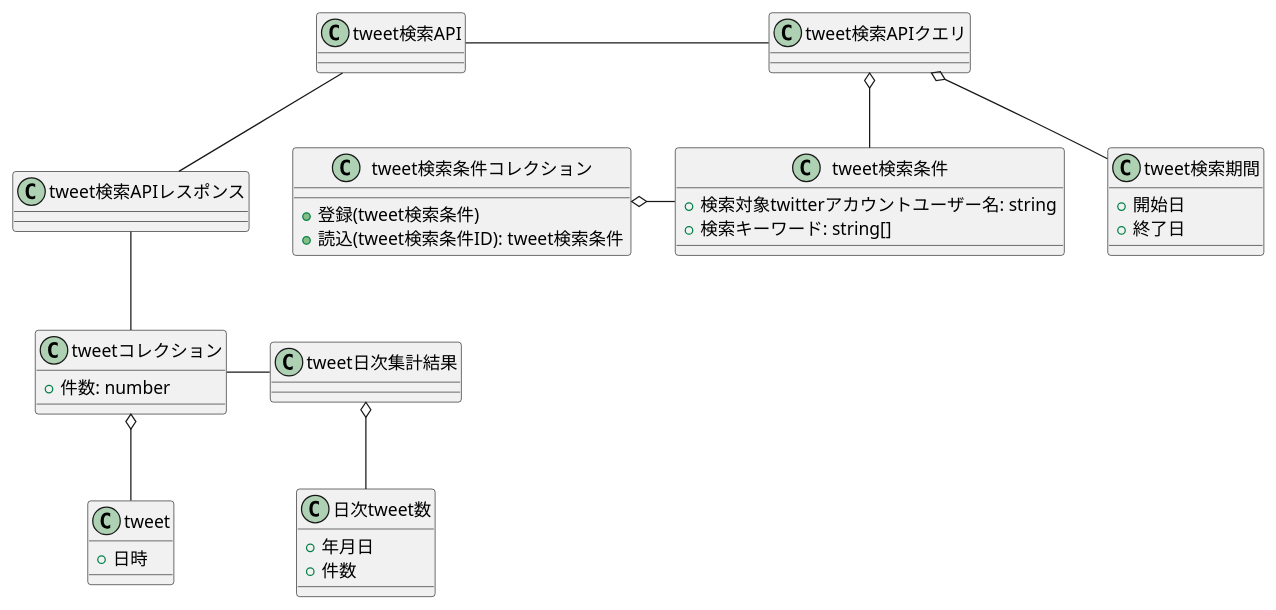
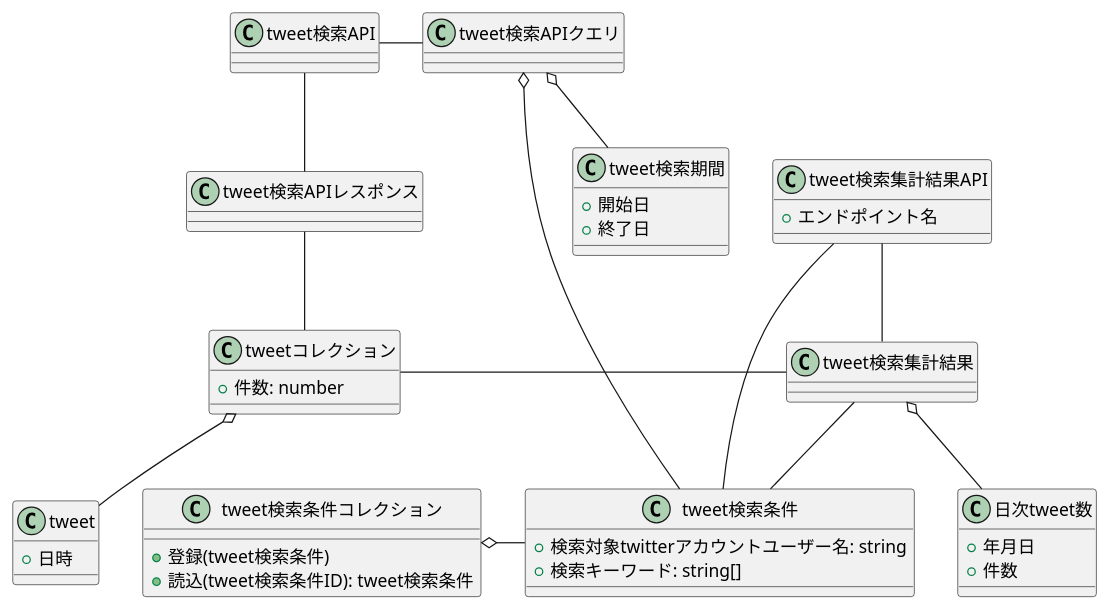
Before and after one commit to wand2016/twitter-counter-api-generator: the diagram in analysis/domain.puml, drawn with PlantUML.

Commit message:
ドメインモデリング: APIエンティティの追加

```diff
--- a/analysis/domain.puml
+++ b/analysis/domain.puml
@@ -1,47 +1,54 @@
 @startuml
 
 class tweet検索条件 {
   + 検索対象twitterアカウントユーザー名: string
   + 検索キーワード: string[]
 }
 
 class tweet検索条件コレクション{
  + 登録(tweet検索条件)
  + 読込(tweet検索条件ID): tweet検索条件
 }
 tweet検索条件コレクション o- tweet検索条件
 
 class tweet検索期間{
   + 開始日
   + 終了日
 }
 
 class tweet {
   + 日時
 }
 
 class tweetコレクション{
   + 件数: number
 }
 
 class tweet検索API
 tweet検索API -d- tweet検索APIレスポンス
 tweet検索APIレスポンス -- tweetコレクション
 tweetコレクション o-d- tweet
 
 class tweet検索APIクエリ
 tweet検索APIクエリ o-d- tweet検索期間
 tweet検索APIクエリ o-d- tweet検索条件
 
 tweet検索API - tweet検索APIクエリ
 
-class tweet日次集計結果
-tweetコレクション -r- tweet日次集計結果
+class tweet検索集計結果
+tweet検索集計結果 -- tweet検索条件
+tweetコレクション -r- tweet検索集計結果
 class 日次tweet数 {
   + 年月日
   + 件数
 }
-tweet日次集計結果 o-d- 日次tweet数
+tweet検索集計結果 o-d- 日次tweet数
 
+class tweet検索集計結果API {
+  + エンドポイント名
+}
+
+tweet検索集計結果API -- tweet検索条件
+tweet検索集計結果API -- tweet検索集計結果
 
 @enduml
```
